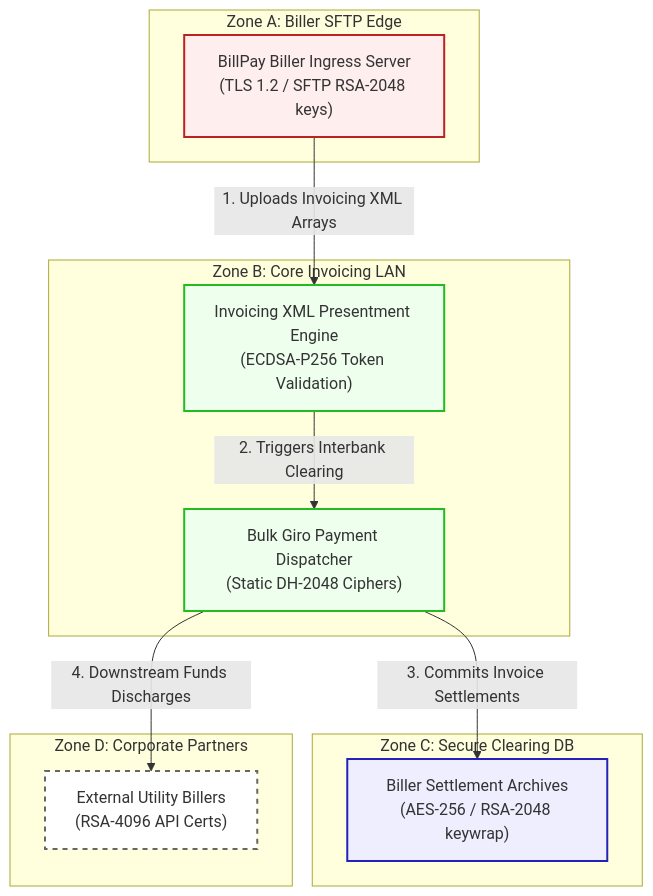
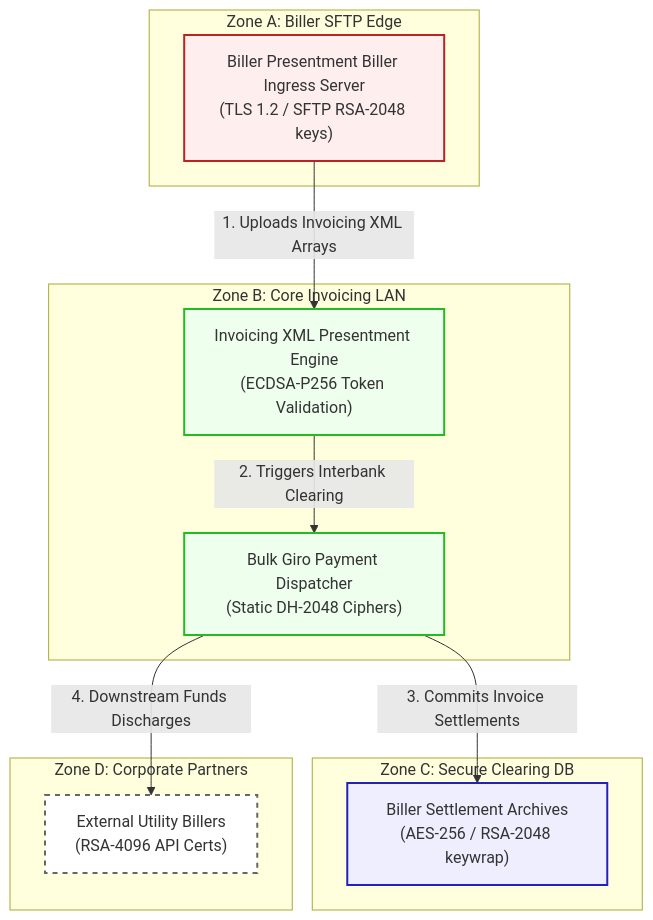
One commit to justinwkUKM/AETHER-PQC changed the diagram in sample_artifacts/scenarios/15-bulk-bill-presentment/architecture.md. Above: the diagram before and after it, drawn with Mermaid. The commit also changed other lines of this file and 187 other files, not shown here.

````diff
--- a/sample_artifacts/scenarios/15-bulk-bill-presentment/architecture.md
+++ b/sample_artifacts/scenarios/15-bulk-bill-presentment/architecture.md
@@ -21,38 +21,38 @@
 ```mermaid
 graph TD
   subgraph Zone_A_SFTP ["Zone A: Biller SFTP Edge"]
-    N1["BillPay Biller Ingress Server<br/>(TLS 1.2 / SFTP RSA-2048 keys)"]
+    N1["Biller Presentment Biller Ingress Server<br/>(TLS 1.2 / SFTP RSA-2048 keys)"]
   end
 
   subgraph Zone_B_Invoicing ["Zone B: Core Invoicing LAN"]
     N2["Invoicing XML Presentment Engine<br/>(ECDSA-P256 Token Validation)"]
     N3["Bulk Giro Payment Dispatcher<br/>(Static DH-2048 Ciphers)"]
   end
 
   subgraph Zone_C_DB ["Zone C: Secure Clearing DB"]
     N4["Biller Settlement Archives<br/>(AES-256 / RSA-2048 keywrap)"]
   end
 
   subgraph Zone_D_Partners ["Zone D: Corporate Partners"]
     N5["External Utility Billers<br/>(RSA-4096 API Certs)"]
   end
 
   %% Flow Connections %%
   N1 -->|1. Uploads Invoicing XML Arrays| N2
   N2 -->|2. Triggers Interbank Clearing| N3
   N3 -->|3. Commits Invoice Settlements| N4
   N3 -->|4. Downstream Funds Discharges| N5
 
   %% Styling %%
   classDef dmz fill:#fee,stroke:#b22,stroke-width:2px;
   classDef core fill:#efe,stroke:#2b2,stroke-width:2px;
   classDef enclave fill:#eef,stroke:#22b,stroke-width:2px;
   classDef archive fill:#fef,stroke:#b2b,stroke-width:2px;
   classDef ext fill:#fff,stroke:#666,stroke-width:2px,stroke-dasharray: 5 5;
 
   class N1 dmz;
   class N2 core;
   class N3 core;
   class N4 enclave;
   class N5 ext;
 ```
````
